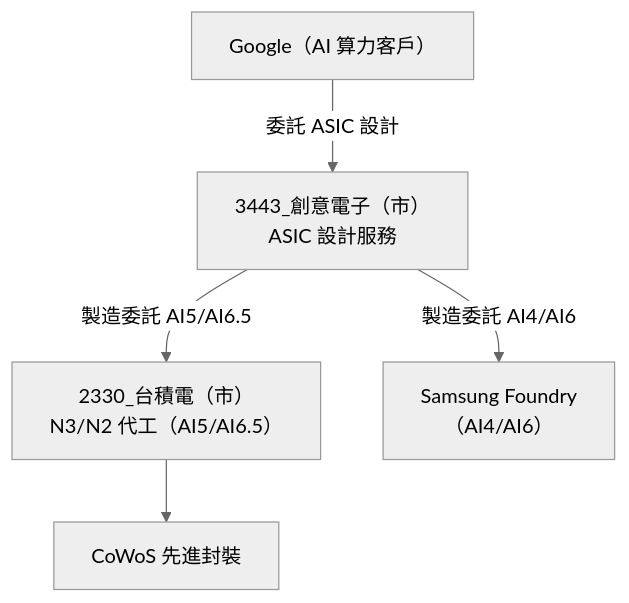
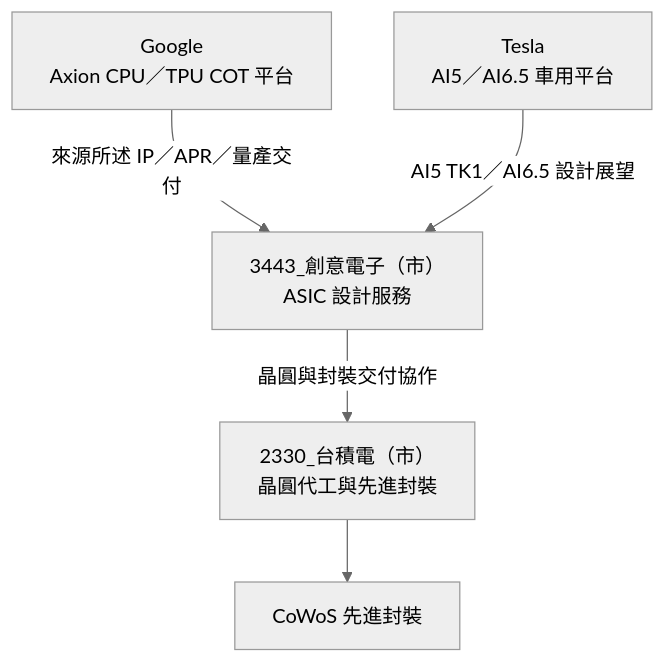
One commit to kevn950324/wiki_Stockv2 changed the diagram in content/lib/1.company/TW/3443_創意電子（市）.md. Above: the diagram before and after it, drawn with Mermaid (neutral theme). The commit also changed other lines of this file and 33 other files, not shown here.

````diff
--- a/content/lib/1.company/TW/3443_創意電子（市）.md
+++ b/content/lib/1.company/TW/3443_創意電子（市）.md
@@ -99,13 +162,13 @@
 ```mermaid
 graph TD
-    Google["Google（AI 算力客戶）"]
+    Google["Google<br/>Axion CPU／TPU COT 平台"]
+    Tesla["Tesla<br/>AI5／AI6.5 車用平台"]
     GUC["3443_創意電子（市）<br/>ASIC 設計服務"]
-    TSMC["2330_台積電（市）<br/>N3/N2 代工（AI5/AI6.5）"]
-    Samsung["Samsung Foundry<br/>（AI4/AI6）"]
+    TSMC["2330_台積電（市）<br/>晶圓代工與先進封裝"]
     CoWoS["CoWoS 先進封裝"]
     
-    Google -->|委託 ASIC 設計| GUC
-    GUC -->|製造委託 AI5/AI6.5| TSMC
-    GUC -->|製造委託 AI4/AI6| Samsung
+    Google -->|來源所述 IP／APR／量產交付| GUC
+    Tesla -->|AI5 TK1／AI6.5 設計展望| GUC
+    GUC -->|晶圓與封裝交付協作| TSMC
     TSMC --> CoWoS
 ```
````
